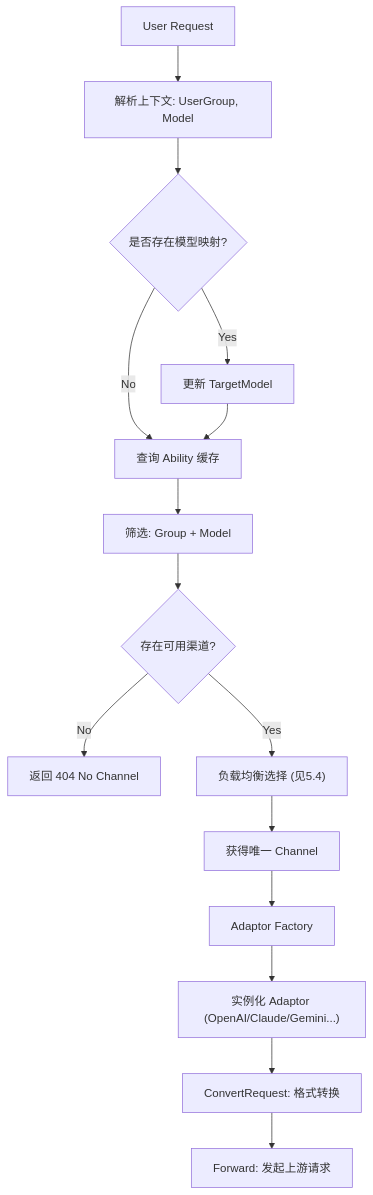
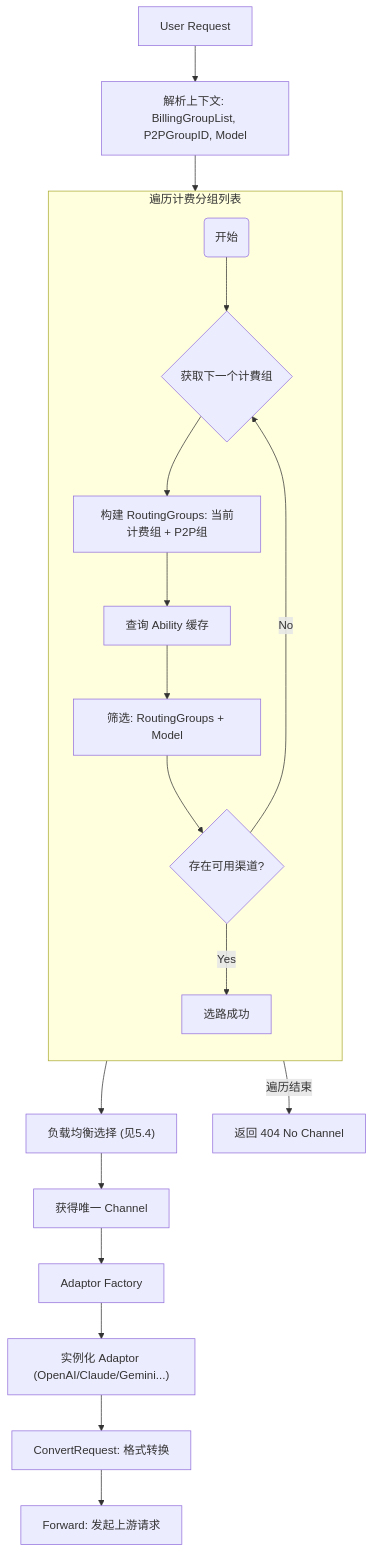
One commit to WoolenWang/new-api changed the second of 10 diagrams in docs/NewAPI-总体设计.md. Above: the diagram before and after it, drawn with Mermaid. The commit also changed other lines of this file and 2 other files, not shown here.

````diff
--- a/docs/NewAPI-总体设计.md
+++ b/docs/NewAPI-总体设计.md
@@ -127,17 +127,27 @@
 ```mermaid
 flowchart TD
-    Start[User Request] --> Context[解析上下文: UserGroup, Model]
-    Context --> ModelMap{是否存在模型映射?}
-    ModelMap -- Yes --> UpdateModel[更新 TargetModel]
-    ModelMap -- No --> CacheQuery[查询 Ability 缓存]
-    UpdateModel --> CacheQuery
-    CacheQuery --> Filter[筛选: Group + Model]
-    Filter --> Candidates{存在可用渠道?}
-    Candidates -- No --> Error[返回 404 No Channel]
-    Candidates -- Yes --> LoadBalance["负载均衡选择 (见5.4)"]
+    Start[User Request] --> Context[解析上下文: BillingGroupList, P2PGroupID, Model]
+    
+    subgraph BillingGroupLoop[遍历计费分组列表]
+        direction TB
+        LoopStart(开始) --> GetNextBillingGroup{获取下一个计費组}
+        GetNextBillingGroup --> BuildRoutingGroups[构建 RoutingGroups: 当前计费组 + P2P组]
+        BuildRoutingGroups --> CacheQuery[查询 Ability 缓存]
+        CacheQuery --> Filter[筛选: RoutingGroups + Model]
+        Filter --> Candidates{存在可用渠道?}
+        
+        Candidates -- Yes --> SelectChannel[选路成功]
+        Candidates -- No --> GetNextBillingGroup
+    end
+
+    Context --> LoopStart
+
+    SelectChannel --> LoadBalance["负载均衡选择 (见5.4)"]
+    GetNextBillingGroup -- 遍历结束 --> NoChannelError[返回 404 No Channel]
+    
     LoadBalance --> GetChannel[获得唯一 Channel]
     GetChannel --> Factory[Adaptor Factory]
     Factory --> Adaptor["实例化 Adaptor (OpenAI/Claude/Gemini...)"]
     Adaptor --> Convert[ConvertRequest: 格式转换]
     Convert --> Forward[Forward: 发起上游请求]
 ```
````
